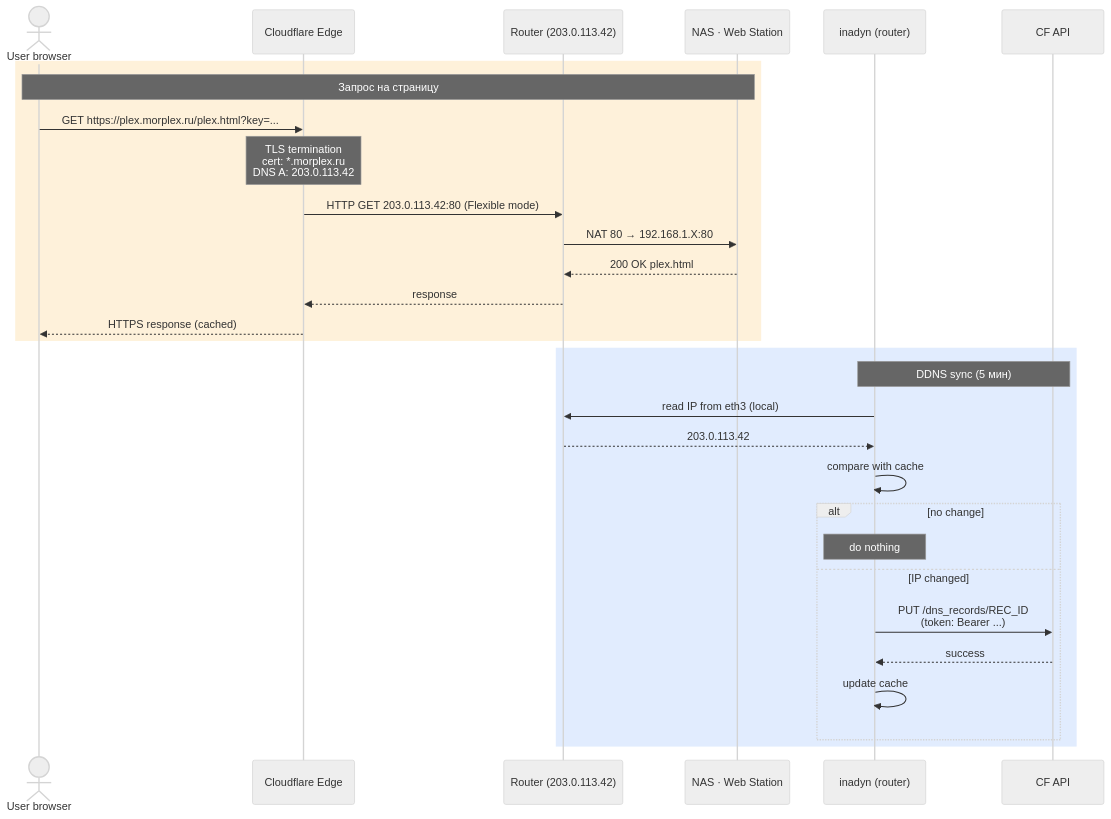
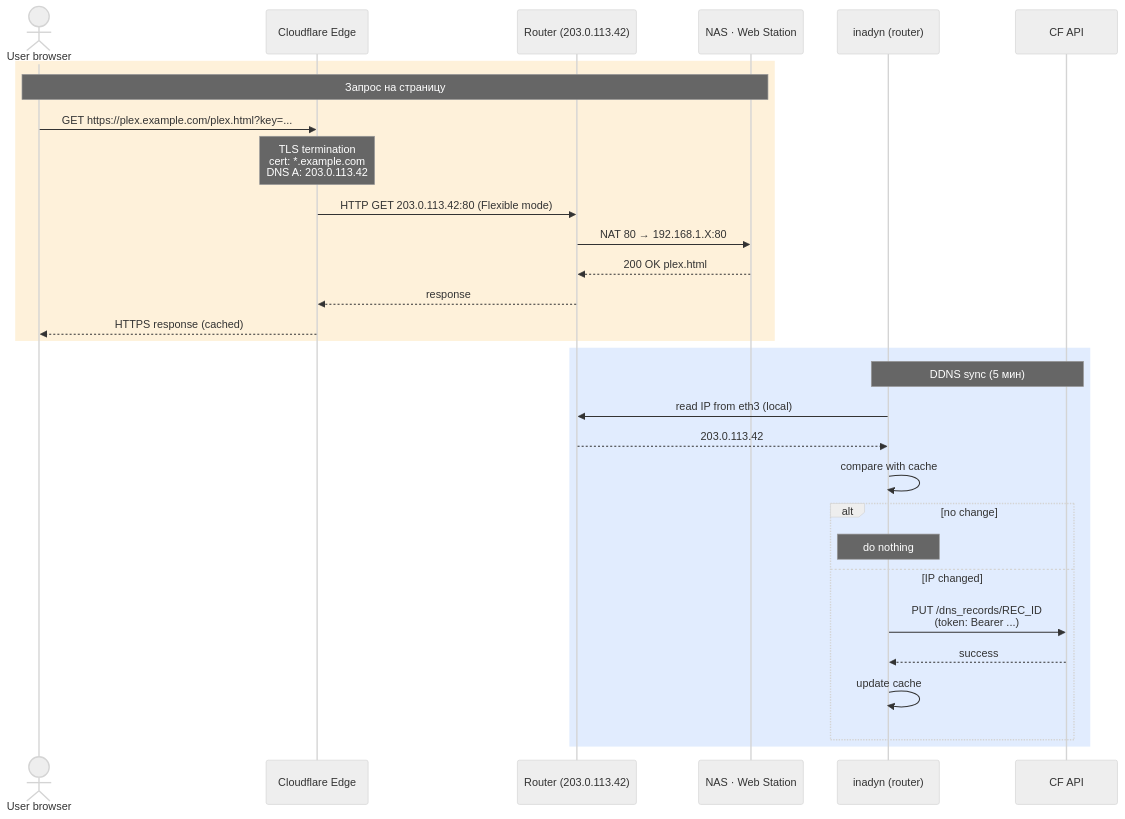
One commit to KiMorev/tg-torrent-bot changed diagram 13 of 13 in ARCHITECTURE.md. Above: the diagram before and after it, drawn with Mermaid (neutral theme). The commit also changed other lines of this file and 2 other files, not shown here.

Commit message:
Mask personal Plex domain in docs

````diff
--- a/ARCHITECTURE.md
+++ b/ARCHITECTURE.md
@@ -480,34 +480,34 @@
 ```mermaid
 sequenceDiagram
     actor U as User browser
     participant CF as Cloudflare Edge
     participant R as Router (203.0.113.42)
     participant N as NAS · Web Station
     participant I as inadyn (router)
     participant API as CF API
 
     rect rgba(245, 158, 11, 0.15)
         Note over U, N: Запрос на страницу
-        U->>CF: GET https://plex.morplex.ru/plex.html?key=...
-        Note over CF: TLS termination<br/>cert: *.morplex.ru<br/>DNS A: 203.0.113.42
+        U->>CF: GET https://plex.example.com/plex.html?key=...
+        Note over CF: TLS termination<br/>cert: *.example.com<br/>DNS A: 203.0.113.42
         CF->>R: HTTP GET 203.0.113.42:80 (Flexible mode)
         R->>N: NAT 80 → 192.168.1.X:80
         N-->>R: 200 OK plex.html
         R-->>CF: response
         CF-->>U: HTTPS response (cached)
     end
 
     rect rgba(59, 130, 246, 0.15)
         Note over I, API: DDNS sync (5 мин)
         I->>R: read IP from eth3 (local)
         R-->>I: 203.0.113.42
         I->>I: compare with cache
         alt no change
             Note over I: do nothing
         else IP changed
             I->>API: PUT /dns_records/REC_ID<br/>(token: Bearer ...)
             API-->>I: success
             I->>I: update cache
         end
     end
 ```
````
